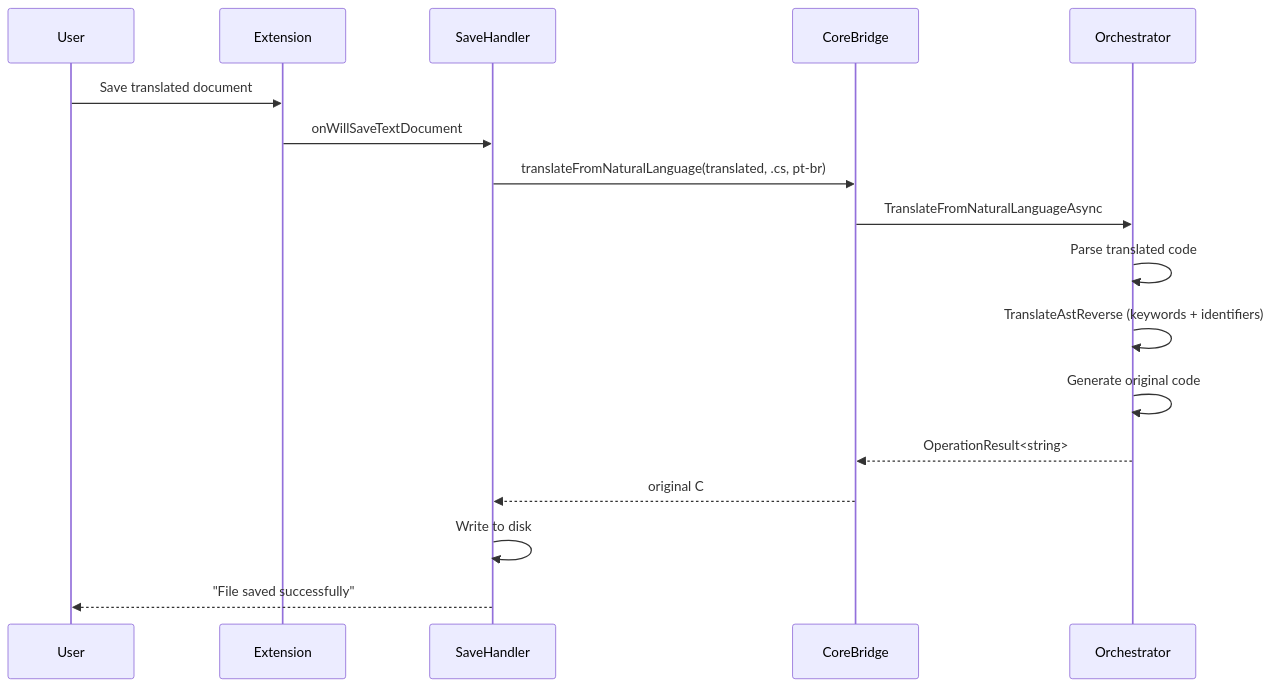
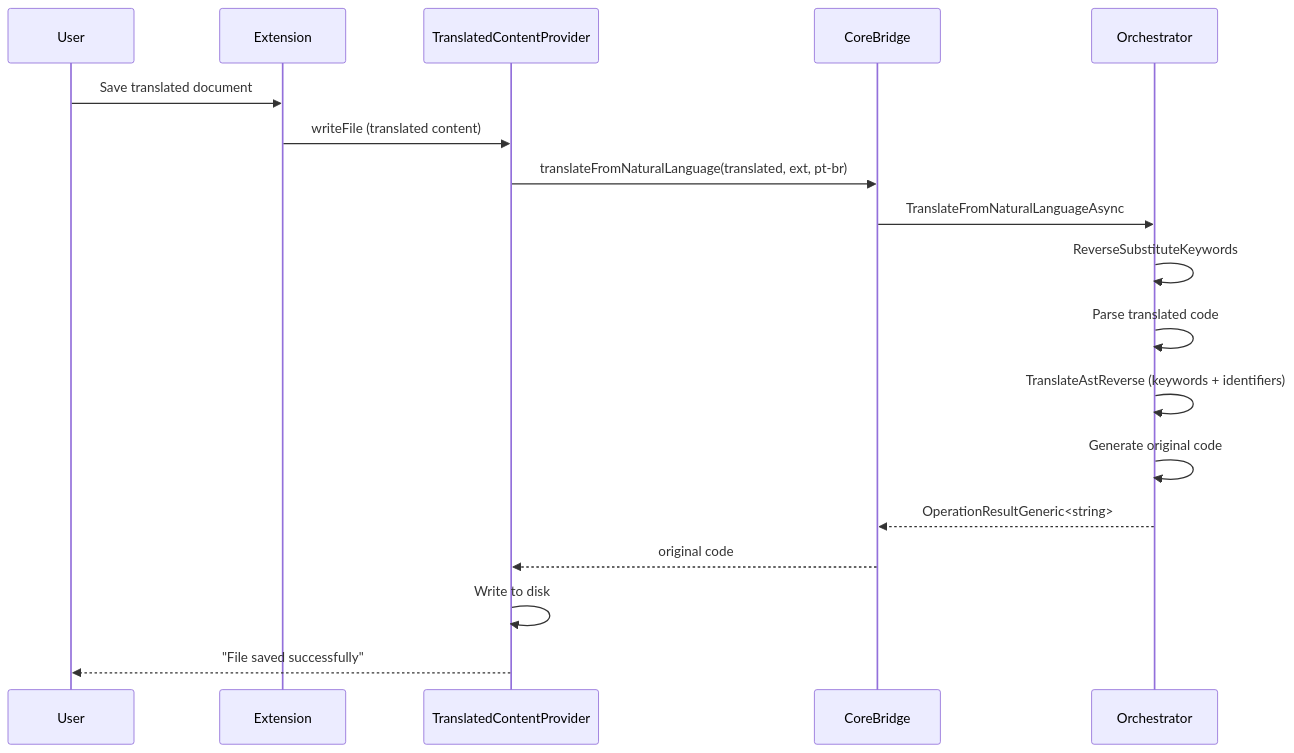
Before and after one commit to NFAsylum/babel-tcc: the second of 2 diagrams in docs/developer-guide/architecture.md, drawn with Mermaid. The commit also changed other lines of this file and 5 other files, not shown here.

````diff
--- a/docs/developer-guide/architecture.md
+++ b/docs/developer-guide/architecture.md
@@ -99,20 +108,21 @@
 ```mermaid
 sequenceDiagram
     participant U as User
     participant E as Extension
-    participant SH as SaveHandler
+    participant TCP as TranslatedContentProvider
     participant CB as CoreBridge
     participant O as Orchestrator
 
     U->>E: Save translated document
-    E->>SH: onWillSaveTextDocument
-    SH->>CB: translateFromNaturalLanguage(translated, .cs, pt-br)
+    E->>TCP: writeFile (translated content)
+    TCP->>CB: translateFromNaturalLanguage(translated, ext, pt-br)
     CB->>O: TranslateFromNaturalLanguageAsync
+    O->>O: ReverseSubstituteKeywords
     O->>O: Parse translated code
     O->>O: TranslateAstReverse (keywords + identifiers)
     O->>O: Generate original code
-    O-->>CB: OperationResult<string>
-    CB-->>SH: original C# code
-    SH->>SH: Write to disk
-    SH-->>U: "File saved successfully"
+    O-->>CB: OperationResultGeneric<string>
+    CB-->>TCP: original code
+    TCP->>TCP: Write to disk
+    TCP-->>U: "File saved successfully"
 ```
````
